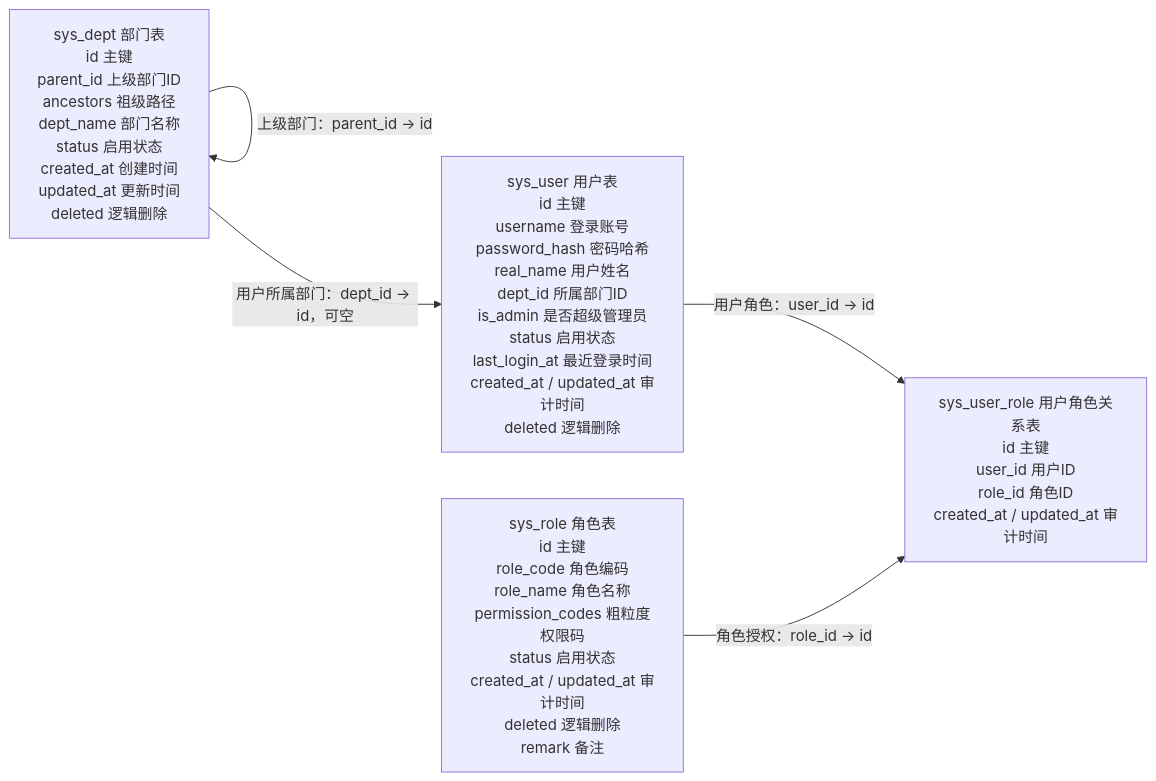
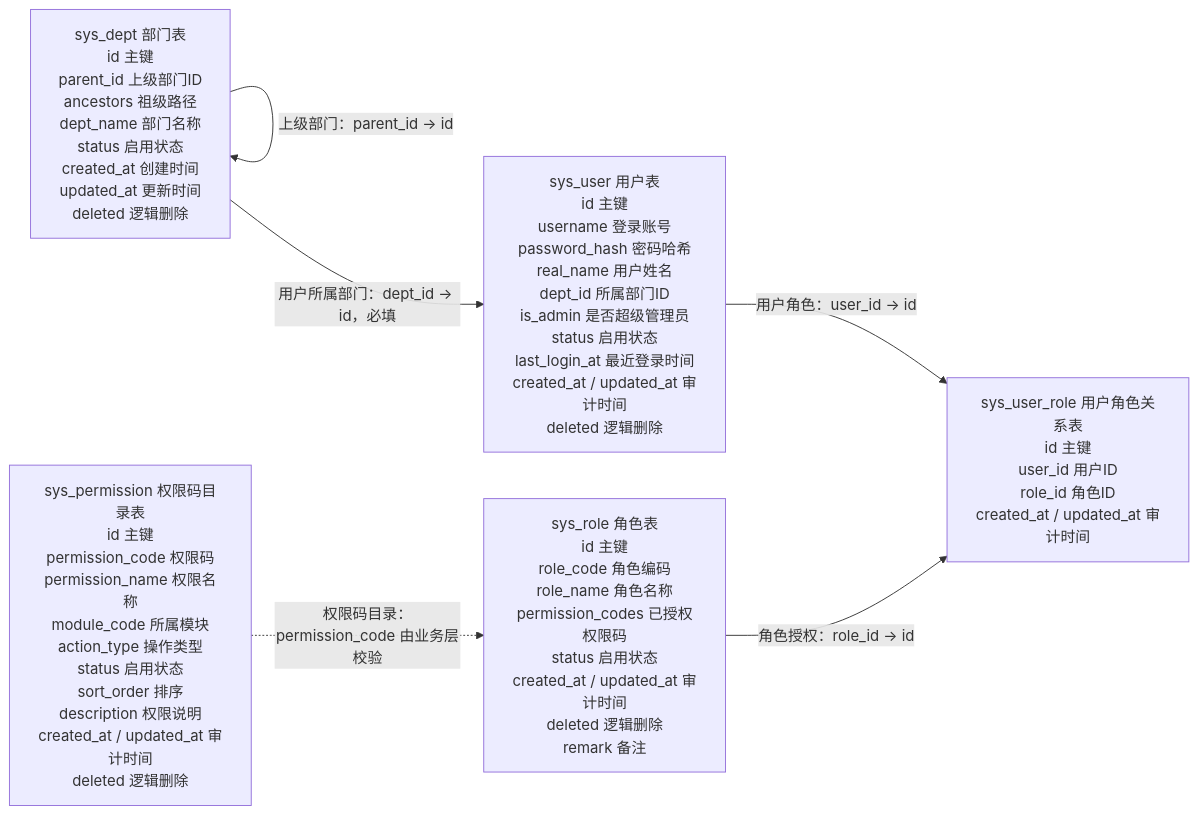
The sixth of 11 diagrams in docs/database/mvp-database-design-overview.md (LI-S-H/qiheng-erp), drawn with Mermaid before and after one commit. The commit also changed other lines of this file and 195 other files, not shown here.

````diff
--- a/docs/database/mvp-database-design-overview.md
+++ b/docs/database/mvp-database-design-overview.md
@@ -664,12 +667,14 @@
 ```mermaid
 flowchart LR
     dept["sys_dept 部门表<br/>id 主键<br/>parent_id 上级部门ID<br/>ancestors 祖级路径<br/>dept_name 部门名称<br/>status 启用状态<br/>created_at 创建时间<br/>updated_at 更新时间<br/>deleted 逻辑删除"]
     user["sys_user 用户表<br/>id 主键<br/>username 登录账号<br/>password_hash 密码哈希<br/>real_name 用户姓名<br/>dept_id 所属部门ID<br/>is_admin 是否超级管理员<br/>status 启用状态<br/>last_login_at 最近登录时间<br/>created_at / updated_at 审计时间<br/>deleted 逻辑删除"]
-    role["sys_role 角色表<br/>id 主键<br/>role_code 角色编码<br/>role_name 角色名称<br/>permission_codes 粗粒度权限码<br/>status 启用状态<br/>created_at / updated_at 审计时间<br/>deleted 逻辑删除<br/>remark 备注"]
+    role["sys_role 角色表<br/>id 主键<br/>role_code 角色编码<br/>role_name 角色名称<br/>permission_codes 已授权权限码<br/>status 启用状态<br/>created_at / updated_at 审计时间<br/>deleted 逻辑删除<br/>remark 备注"]
+    permission["sys_permission 权限码目录表<br/>id 主键<br/>permission_code 权限码<br/>permission_name 权限名称<br/>module_code 所属模块<br/>action_type 操作类型<br/>status 启用状态<br/>sort_order 排序<br/>description 权限说明<br/>created_at / updated_at 审计时间<br/>deleted 逻辑删除"]
     userRole["sys_user_role 用户角色关系表<br/>id 主键<br/>user_id 用户ID<br/>role_id 角色ID<br/>created_at / updated_at 审计时间"]
 
     dept -->|"上级部门：parent_id -> id"| dept
-    dept -->|"用户所属部门：dept_id -> id，可空"| user
+    dept -->|"用户所属部门：dept_id -> id，必填"| user
     user -->|"用户角色：user_id -> id"| userRole
     role -->|"角色授权：role_id -> id"| userRole
+    permission -.->|"权限码目录：permission_code 由业务层校验"| role
 ```
````
